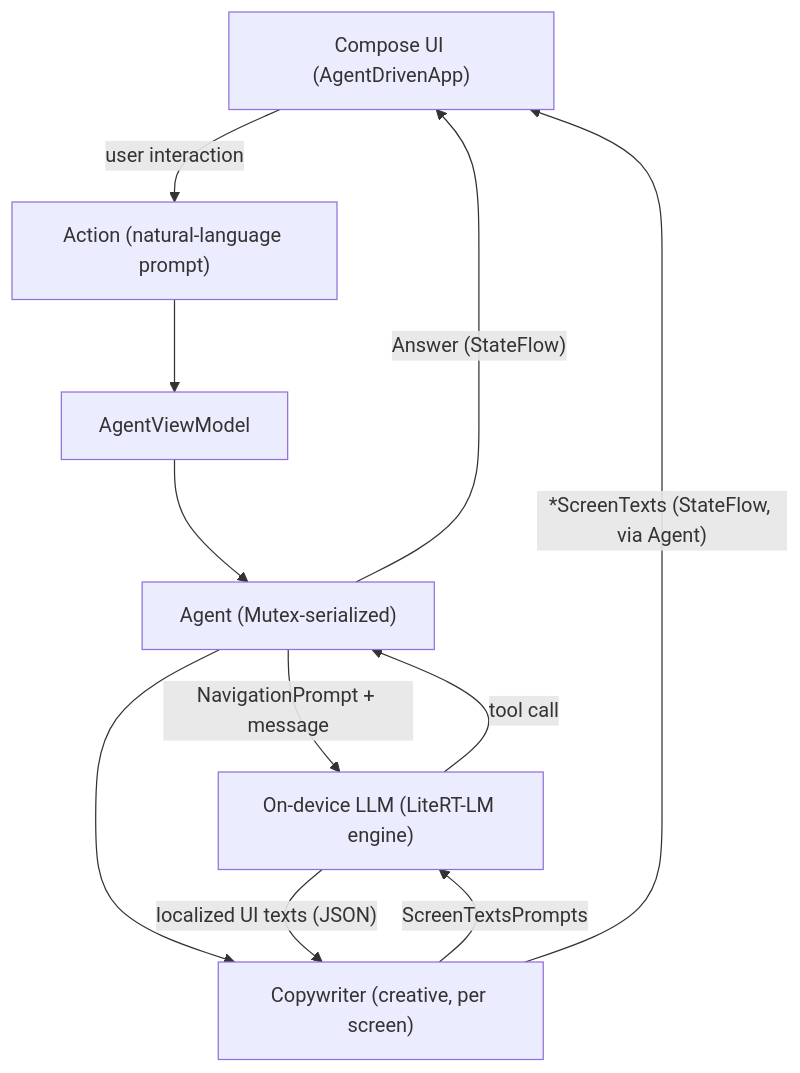
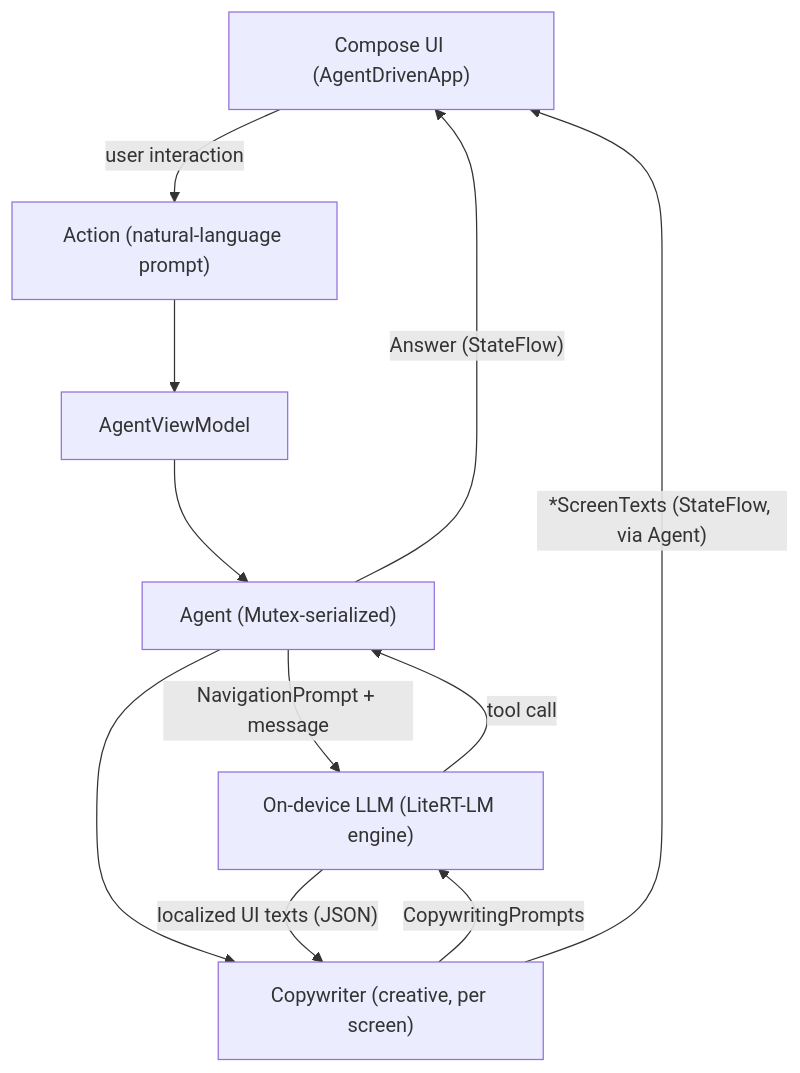
Before and after one commit to kamilpierudzki/ai-powered-demo-app: the second of 2 diagrams in README.md, drawn with Mermaid. The commit also changed other lines of this file and 2 other files, not shown here.

First line of the commit message:
Rename ScreenTextsPrompts to CopywritingPrompts

````diff
--- a/README.md
+++ b/README.md
@@ -50,13 +50,13 @@
 ```mermaid
 flowchart TD
     UI["Compose UI (AgentDrivenApp)"] -->|"user interaction"| Action["Action (natural-language prompt)"]
     Action --> VM["AgentViewModel"]
     VM --> Agent["Agent (Mutex-serialized)"]
     Agent -->|"NavigationPrompt + message"| LLM["On-device LLM (LiteRT-LM engine)"]
     LLM -->|"tool call"| Agent
     Agent -->|"Answer (StateFlow)"| UI
     Agent --> Copywriter["Copywriter (creative, per screen)"]
-    Copywriter -->|"ScreenTextsPrompts"| LLM
+    Copywriter -->|"CopywritingPrompts"| LLM
     LLM -->|"localized UI texts (JSON)"| Copywriter
     Copywriter -->|"*ScreenTexts (StateFlow, via Agent)"| UI
 ```
````
